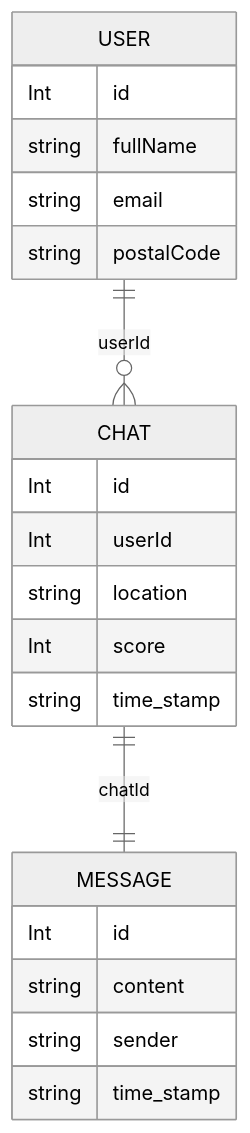
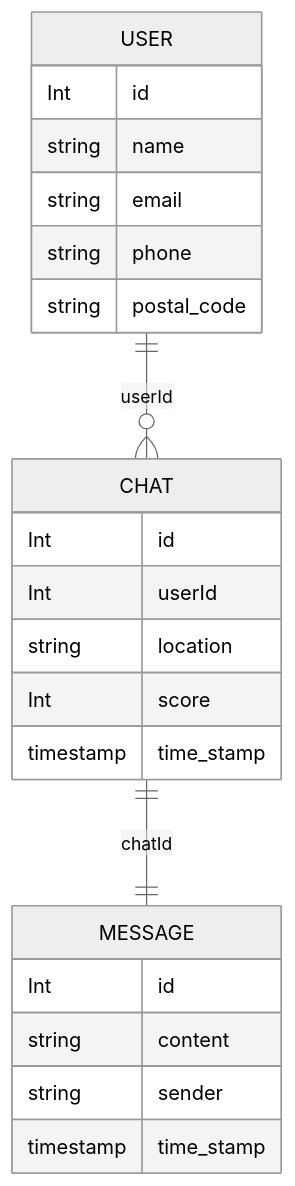
One commit to Akikaze1119/chatbot-app changed the diagram in docs/er-diagram.md. Above: the diagram before and after it, drawn with Mermaid (neutral theme).

Commit message:
docs: modify erd

````diff
--- a/docs/er-diagram.md
+++ b/docs/er-diagram.md
@@ -1,24 +1,25 @@
 ```mermaid
 erDiagram
     USER ||--o{ CHAT : userId
     USER {
       Int id
-      string fullName
+      string name
       string email
-      string postalCode
+      string phone
+      string postal_code
     }
     CHAT {
       Int id
       Int userId
       string location
       Int score
-      string time_stamp
+      timestamp time_stamp
     }
     CHAT ||--|| MESSAGE : chatId
     MESSAGE {
       Int id
       string content
       string sender
-      string time_stamp
+      timestamp time_stamp
     }
 ```
````
